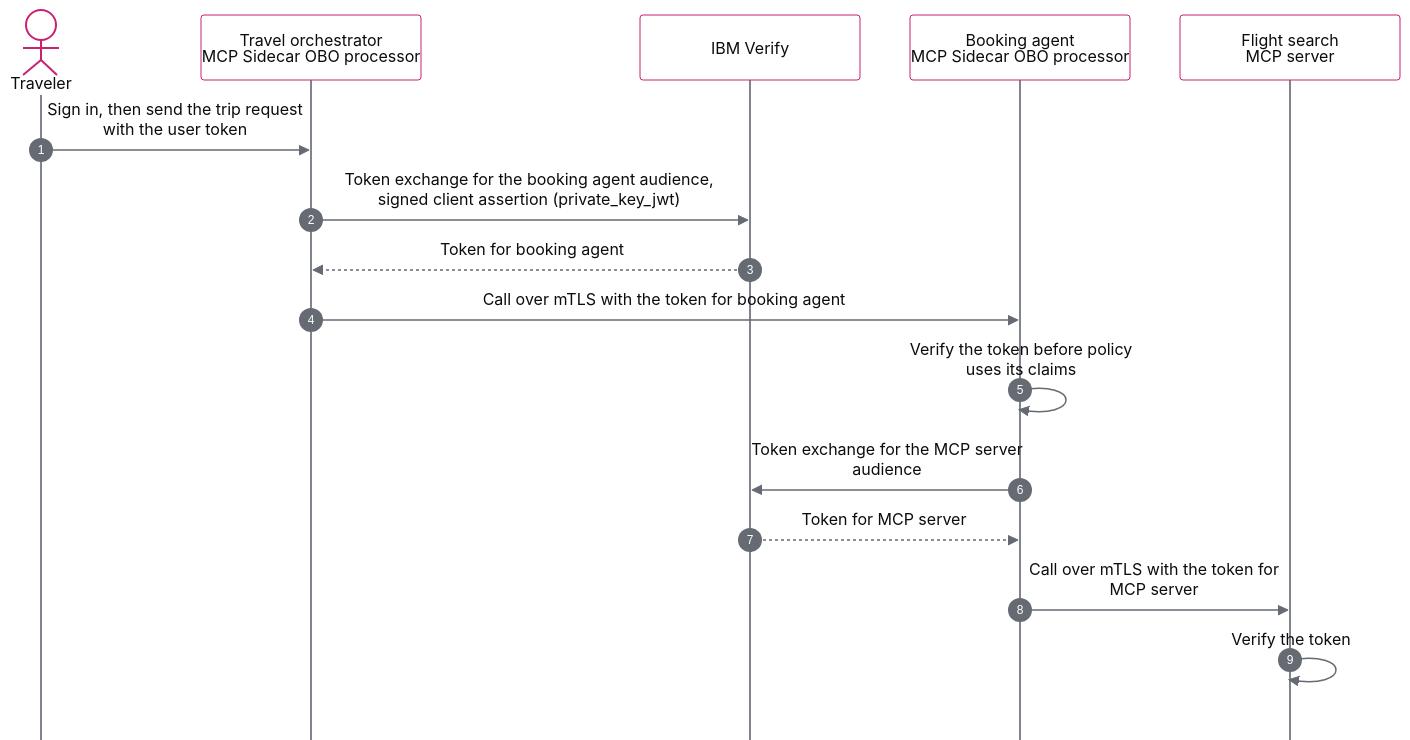
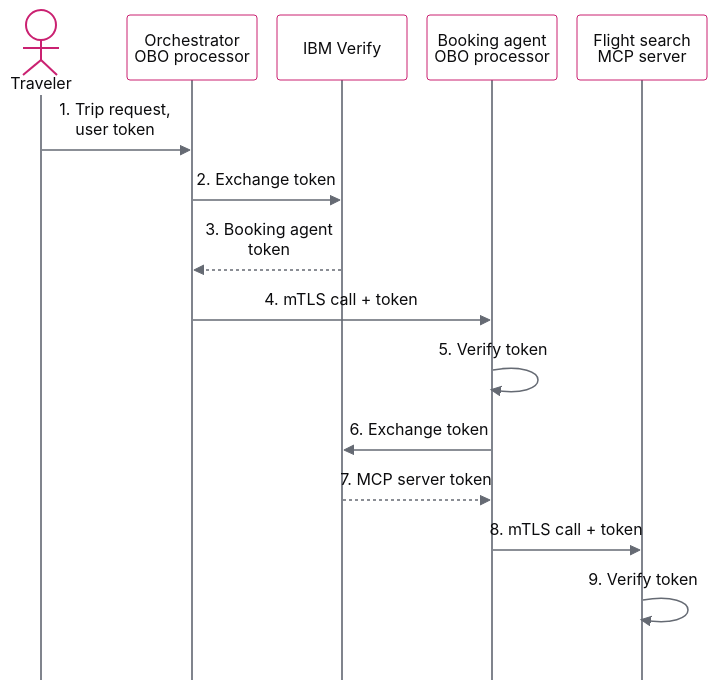
One commit to hashicorp/web-unified-docs changed the diagram in content/consul/v2.1.x/img/agentic-mesh/mermaid-markup/obo-token-exchange_light.mmd. Above: the diagram before and after it, drawn with Mermaid. The commit also changed 9 other files, not shown here.

First line of the commit message:
Fit the OBO sequence diagram to the content column

```diff
--- a/content/consul/v2.1.x/img/agentic-mesh/mermaid-markup/obo-token-exchange_light.mmd
+++ b/content/consul/v2.1.x/img/agentic-mesh/mermaid-markup/obo-token-exchange_light.mmd
@@ -1,18 +1,17 @@
-%%{init: {"theme":"base","fontFamily":"Helvetica, Arial, sans-serif","flowchart":{"curve":"step","nodeSpacing":60,"rankSpacing":75,"htmlLabels":true},"themeVariables":{"fontFamily":"Helvetica, Arial, sans-serif","fontSize":"16px","background":"#ffffff","primaryColor":"#ffffff","primaryBorderColor":"#80848d","primaryTextColor":"#0c0c0e","lineColor":"#656a73","clusterBkg":"#f4f5f7","clusterBorder":"#80848d","titleColor":"#0c0c0e","edgeLabelBackground":"#ffffff","actorBkg":"#ffffff","actorBorder":"#ca2171","actorTextColor":"#0c0c0e","actorLineColor":"#80848d","signalColor":"#656a73","signalTextColor":"#0c0c0e","noteBkgColor":"#f4f5f7","noteBorderColor":"#80848d","noteTextColor":"#0c0c0e","activationBkgColor":"#fdf2f6","activationBorderColor":"#c1527f","sequenceNumberColor":"#ffffff"},"sequence":{"mirrorActors":false,"width":220,"actorMargin":50,"messageMargin":50,"boxMargin":10,"noteMargin":12,"wrap":true}}}%%
+%%{init: {"theme":"base","fontFamily":"Helvetica, Arial, sans-serif","flowchart":{"curve":"step","nodeSpacing":60,"rankSpacing":75,"htmlLabels":true},"themeVariables":{"fontFamily":"Helvetica, Arial, sans-serif","fontSize":"16px","background":"#ffffff","primaryColor":"#ffffff","primaryBorderColor":"#80848d","primaryTextColor":"#0c0c0e","lineColor":"#656a73","clusterBkg":"#f4f5f7","clusterBorder":"#80848d","titleColor":"#0c0c0e","edgeLabelBackground":"#ffffff","actorBkg":"#ffffff","actorBorder":"#ca2171","actorTextColor":"#0c0c0e","actorLineColor":"#80848d","signalColor":"#656a73","signalTextColor":"#0c0c0e","noteBkgColor":"#f4f5f7","noteBorderColor":"#80848d","noteTextColor":"#0c0c0e","activationBkgColor":"#fdf2f6","activationBorderColor":"#c1527f","sequenceNumberColor":"#ffffff"},"sequence":{"mirrorActors":false,"width":130,"actorMargin":20,"messageMargin":45,"boxMargin":10,"noteMargin":12,"wrap":true,"actorFontSize":15,"messageFontSize":15}}}%%
 sequenceDiagram
-  autonumber
   actor traveler as Traveler
-  participant orch as Travel orchestrator<br/>MCP Sidecar OBO processor
+  participant orch as Orchestrator<br/>OBO processor
   participant idp as IBM Verify
-  participant booking as Booking agent<br/>MCP Sidecar OBO processor
+  participant booking as Booking agent<br/>OBO processor
   participant mcp as Flight search<br/>MCP server
 
-  traveler->>orch: Sign in, then send the trip request with the user token
-  orch->>idp: Token exchange for the booking agent audience,<br/>signed client assertion (private_key_jwt)
-  idp-->>orch: Token for booking agent
-  orch->>booking: Call over mTLS with the token for booking agent
-  booking->>booking: Verify the token before policy uses its claims
-  booking->>idp: Token exchange for the MCP server audience
-  idp-->>booking: Token for MCP server
-  booking->>mcp: Call over mTLS with the token for MCP server
-  mcp->>mcp: Verify the token
+  traveler->>orch: 1. Trip request,<br/>user token
+  orch->>idp: 2. Exchange token
+  idp-->>orch: 3. Booking agent token
+  orch->>booking: 4. mTLS call + token
+  booking->>booking: 5. Verify token
+  booking->>idp: 6. Exchange token
+  idp-->>booking: 7. MCP server token
+  booking->>mcp: 8. mTLS call + token
+  mcp->>mcp: 9. Verify token
```
